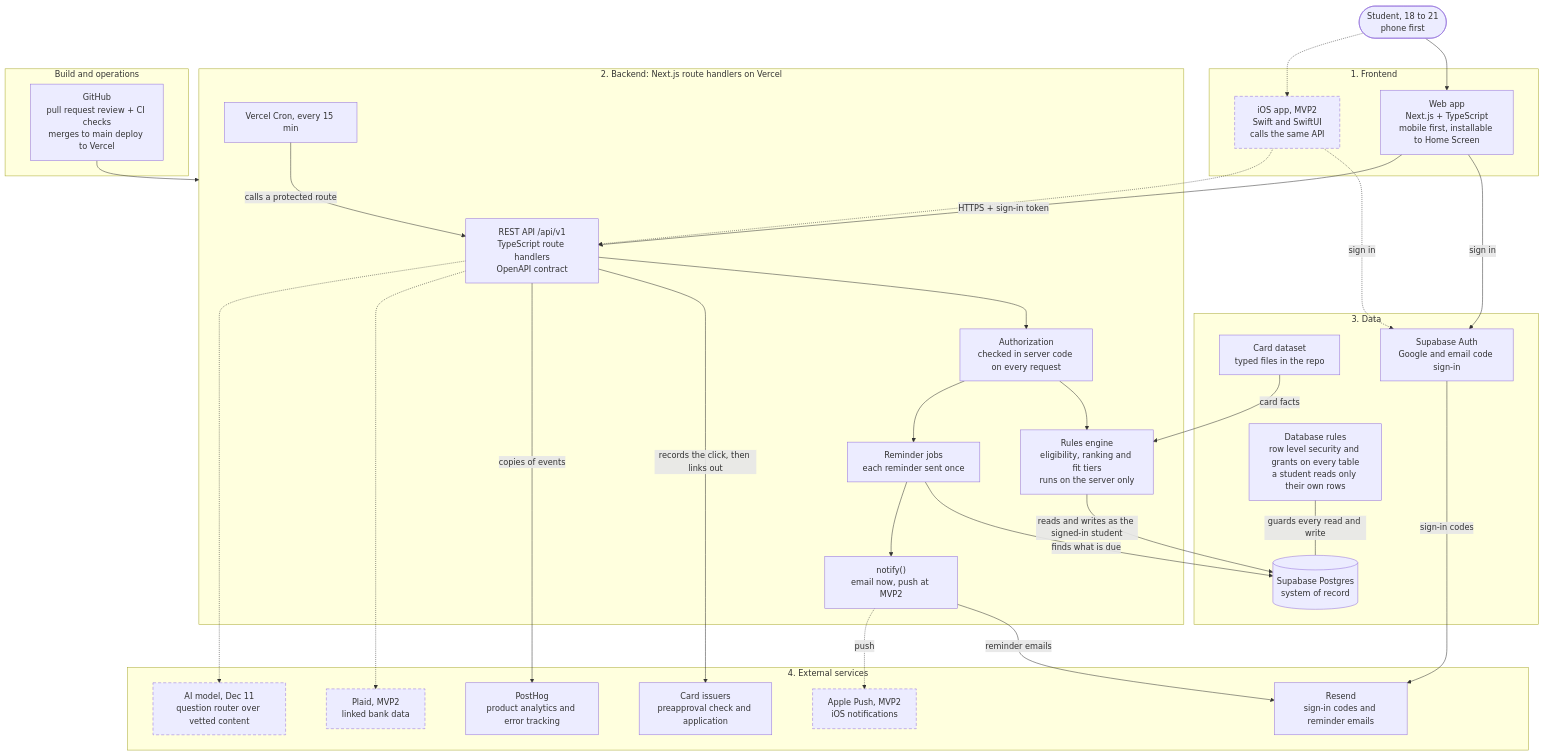
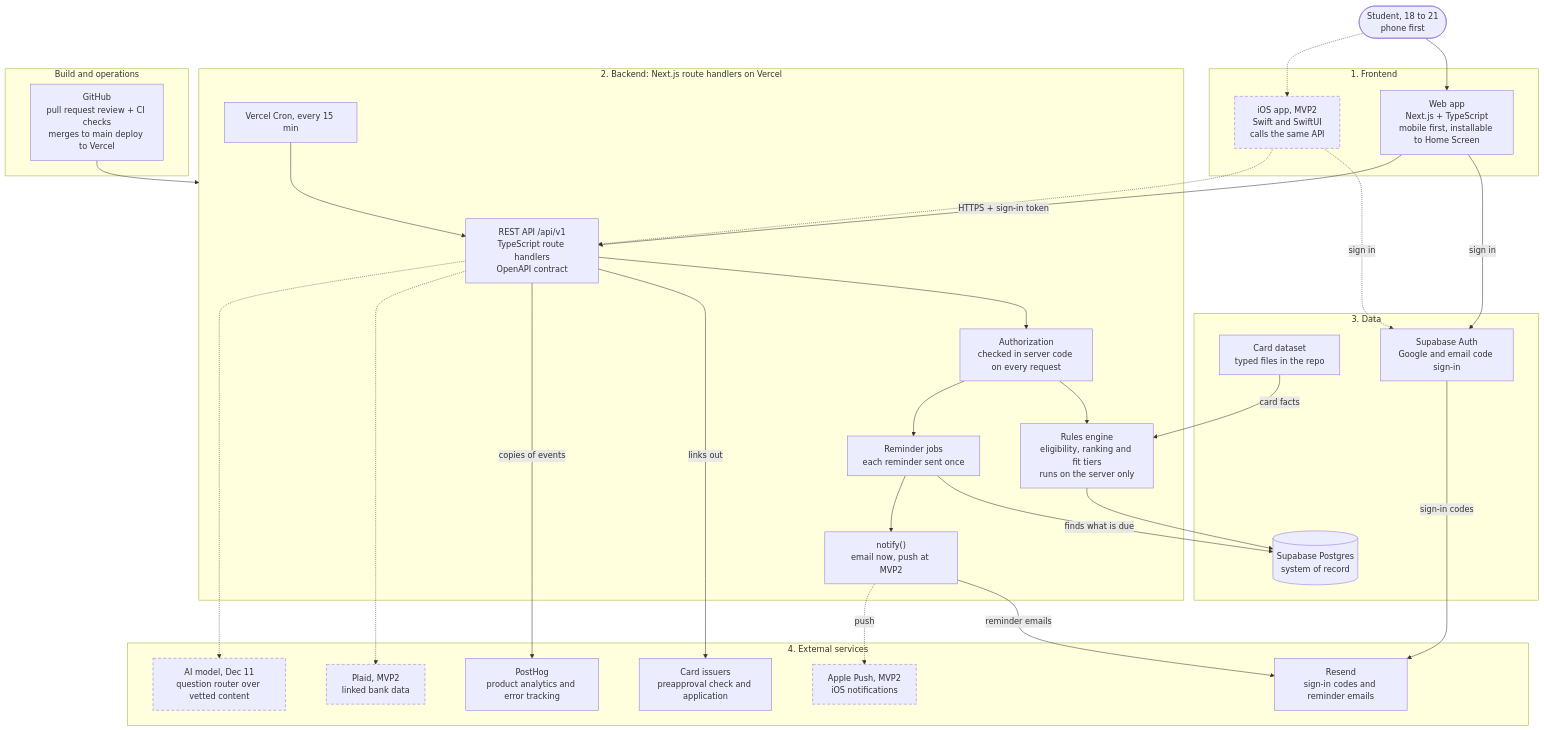
The diagram in README.md (ithlambelle/cense), drawn with Mermaid before and after one commit.

Commit message:
docs: trim the architecture diagram
Remove the database rules box and three arrow labels that stated the
obvious. The card issuers arrow keeps a short label, since Cense links
out to issuers and does not call them.

````diff
--- a/README.md
+++ b/README.md
@@ -31,66 +31,64 @@
 ```mermaid
 %%{init: {"flowchart": {"nodeSpacing": 80, "rankSpacing": 60}}}%%
 flowchart TB
     student(["Student, 18 to 21<br/>phone first"])
 
     subgraph FE["1. Frontend"]
         web["Web app<br/>Next.js + TypeScript<br/>mobile first, installable to Home Screen"]
         ios["iOS app, MVP2<br/>Swift and SwiftUI<br/>calls the same API"]
     end
 
     subgraph BE["2. Backend: Next.js route handlers on Vercel"]
         api["REST API /api/v1<br/>TypeScript route handlers<br/>OpenAPI contract"]
         authz["Authorization<br/>checked in server code on every request"]
         rules["Rules engine<br/>eligibility, ranking and fit tiers<br/>runs on the server only"]
         remind["Reminder jobs<br/>each reminder sent once"]
         notify["notify()<br/>email now, push at MVP2"]
         cron["Vercel Cron, every 15 min"]
     end
 
     subgraph DATA["3. Data"]
         cards["Card dataset<br/>typed files in the repo"]
         db[("Supabase Postgres<br/>system of record")]
-        rls["Database rules<br/>row level security and grants on every table<br/>a student reads only their own rows"]
         auth["Supabase Auth<br/>Google and email code sign-in"]
     end
 
     subgraph EXT["4. External services"]
         resend["Resend<br/>sign-in codes and reminder emails"]
         posthog["PostHog<br/>product analytics and error tracking"]
         issuers["Card issuers<br/>preapproval check and application"]
         plaid["Plaid, MVP2<br/>linked bank data"]
         apns["Apple Push, MVP2<br/>iOS notifications"]
         ai["AI model, Dec 11<br/>question router over vetted content"]
     end
 
     subgraph OPS["Build and operations"]
         github["GitHub<br/>pull request review + CI checks<br/>merges to main deploy to Vercel"]
     end
 
     student --> web
     student -.-> ios
     web -->|"sign in"| auth
     ios -.->|"sign in"| auth
     web -->|"HTTPS + sign-in token"| api
     ios -.-> api
     api --> authz
     authz --> rules
     authz --> remind
-    cron -->|"calls a protected route"| api
+    cron --> api
     cards -->|"card facts"| rules
-    rules -->|"reads and writes as the signed-in student"| db
+    rules --> db
     remind -->|"finds what is due"| db
     remind --> notify
-    rls ---|"guards every read and write"| db
     auth -->|"sign-in codes"| resend
     notify -->|"reminder emails"| resend
     notify -.->|"push"| apns
-    api -->|"records the click, then links out"| issuers
+    api -->|"links out"| issuers
     api -->|"copies of events"| posthog
     api -.-> plaid
     api -.-> ai
     github --> BE
 
     classDef later stroke-dasharray: 6 4
     class ios,plaid,apns,ai later
 ```
````
